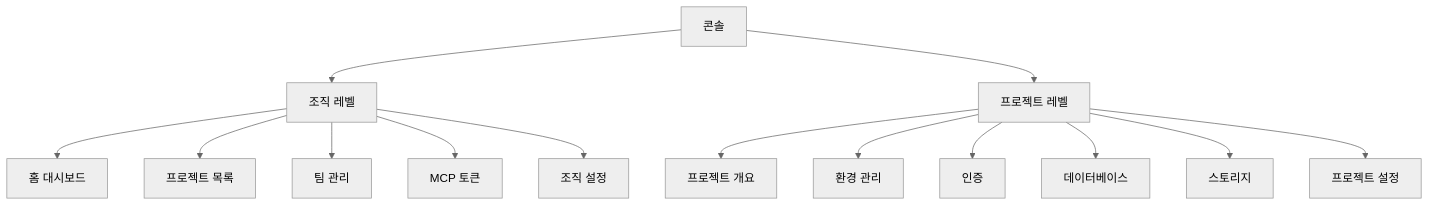
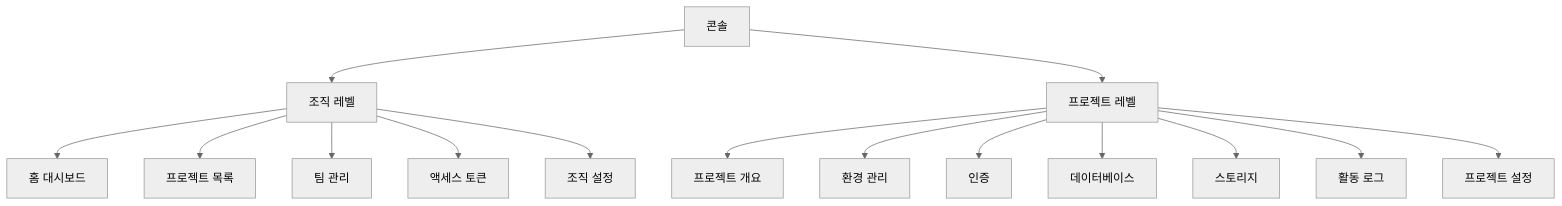
Before and after one commit to popup-studio-ai/bkend-docs: the diagram in ko/console/01-overview.md, drawn with Mermaid (neutral theme). The commit also changed other lines of this file and 28 other files, not shown here.

````diff
--- a/ko/console/01-overview.md
+++ b/ko/console/01-overview.md
@@ -17,16 +17,17 @@
 ```mermaid
 flowchart TD
     A[콘솔] --> B[조직 레벨]
     A --> C[프로젝트 레벨]
     B --> B1[홈 대시보드]
     B --> B2[프로젝트 목록]
     B --> B3[팀 관리]
-    B --> B4[MCP 토큰]
+    B --> B4[액세스 토큰]
     B --> B5[조직 설정]
     C --> C1[프로젝트 개요]
     C --> C2[환경 관리]
     C --> C3[인증]
     C --> C4[데이터베이스]
     C --> C5[스토리지]
-    C --> C6[프로젝트 설정]
+    C --> C6[활동 로그]
+    C --> C7[프로젝트 설정]
 ```
````
